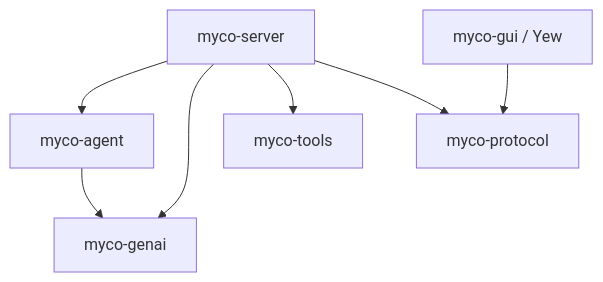
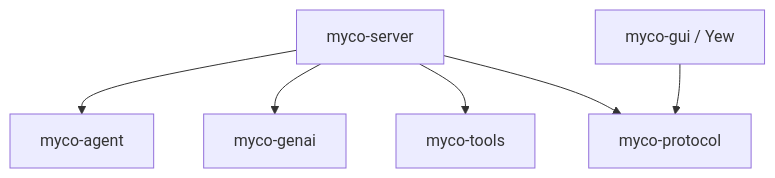
Before and after one commit to tsnl/myco: the first of 3 diagrams in DESIGN.md, drawn with Mermaid. The commit also changed other lines of this file, not shown here.

````diff
--- a/DESIGN.md
+++ b/DESIGN.md
@@ -18,9 +18,8 @@
 ```mermaid
 flowchart TD
     server[myco-server] --> agent[myco-agent]
     server --> genai[myco-genai]
-    agent --> genai
     server --> tools[myco-tools]
     server --> protocol[myco-protocol]
     gui[myco-gui / Yew] --> protocol
 ```
````
